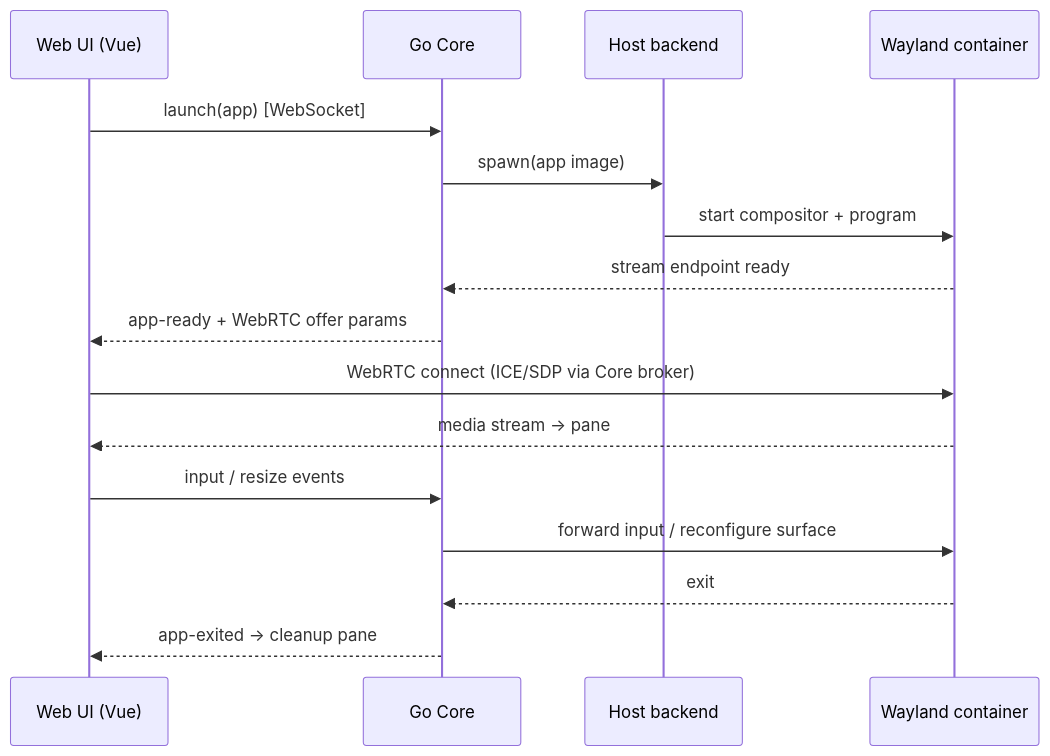
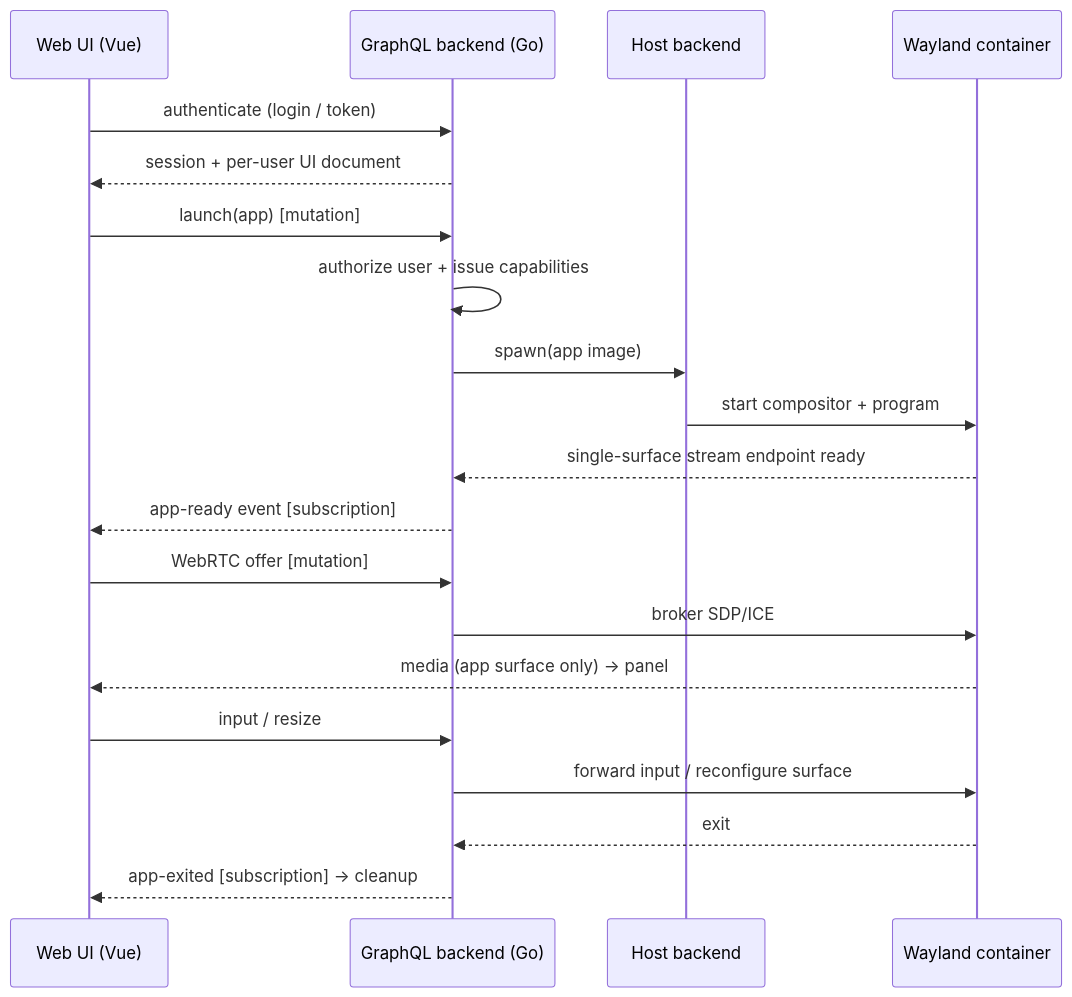
One commit to Asteb612/SandboxDesktop changed the second of 3 diagrams in docs/ARCHITECTURE.md. Above: the diagram before and after it, drawn with Mermaid. The commit also changed other lines of this file and 8 other files, not shown here.

First line of the commit message:
Docs round 2: auth/GraphQL, app-only streaming, secure plugins, customizable per-user UI

````diff
--- a/docs/ARCHITECTURE.md
+++ b/docs/ARCHITECTURE.md
@@ -96,19 +108,23 @@
 ```mermaid
 sequenceDiagram
     participant UI as Web UI (Vue)
-    participant Core as Go Core
+    participant API as GraphQL backend (Go)
     participant Host as Host backend
     participant C as Wayland container
 
-    UI->>Core: launch(app) [WebSocket]
-    Core->>Host: spawn(app image)
+    UI->>API: authenticate (login / token)
+    API-->>UI: session + per-user UI document
+    UI->>API: launch(app) [mutation]
+    API->>API: authorize user + issue capabilities
+    API->>Host: spawn(app image)
     Host->>C: start compositor + program
-    C-->>Core: stream endpoint ready
-    Core-->>UI: app-ready + WebRTC offer params
-    UI->>C: WebRTC connect (ICE/SDP via Core broker)
-    C-->>UI: media stream → pane
-    UI->>Core: input / resize events
-    Core->>C: forward input / reconfigure surface
-    C-->>Core: exit
-    Core-->>UI: app-exited → cleanup pane
+    C-->>API: single-surface stream endpoint ready
+    API-->>UI: app-ready event [subscription]
+    UI->>API: WebRTC offer [mutation]
+    API->>C: broker SDP/ICE
+    C-->>UI: media (app surface only) → panel
+    UI->>API: input / resize
+    API->>C: forward input / reconfigure surface
+    C-->>API: exit
+    API-->>UI: app-exited [subscription] → cleanup
 ```
````
